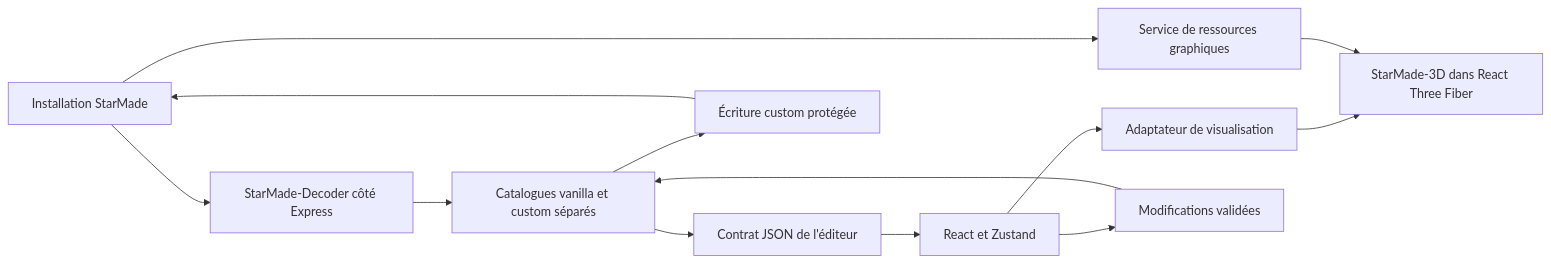
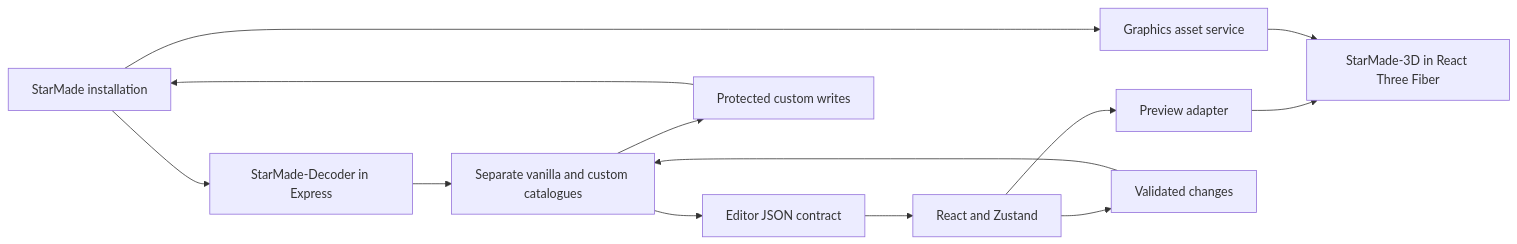
The diagram in docs/AUDIT_INTEGRATION_2026-09-23.md (blackcancer/StarMade-BlockEditor), drawn with Mermaid before and after one commit. The commit also changed other lines of this file and 10 other files, not shown here.

````diff
--- a/docs/AUDIT_INTEGRATION_2026-09-23.md
+++ b/docs/AUDIT_INTEGRATION_2026-09-23.md
@@ -27,15 +27,15 @@
 ```mermaid
 flowchart LR
-  Files[Installation StarMade] --> Decoder[StarMade-Decoder côté Express]
-  Decoder --> Catalog[Catalogues vanilla et custom séparés]
-  Catalog --> DTO[Contrat JSON de l'éditeur]
-  DTO --> UI[React et Zustand]
-  UI --> Adapter[Adaptateur de visualisation]
-  Adapter --> Render[StarMade-3D dans React Three Fiber]
-  Files --> Assets[Service de ressources graphiques]
+  Files[StarMade installation] --> Decoder[StarMade-Decoder in Express]
+  Decoder --> Catalog[Separate vanilla and custom catalogues]
+  Catalog --> DTO[Editor JSON contract]
+  DTO --> UI[React and Zustand]
+  UI --> Adapter[Preview adapter]
+  Adapter --> Render[StarMade-3D in React Three Fiber]
+  Files --> Assets[Graphics asset service]
   Assets --> Render
-  UI --> Patch[Modifications validées]
+  UI --> Patch[Validated changes]
   Patch --> Catalog
-  Catalog --> Writer[Écriture custom protégée]
+  Catalog --> Writer[Protected custom writes]
   Writer --> Files
 ```
````
